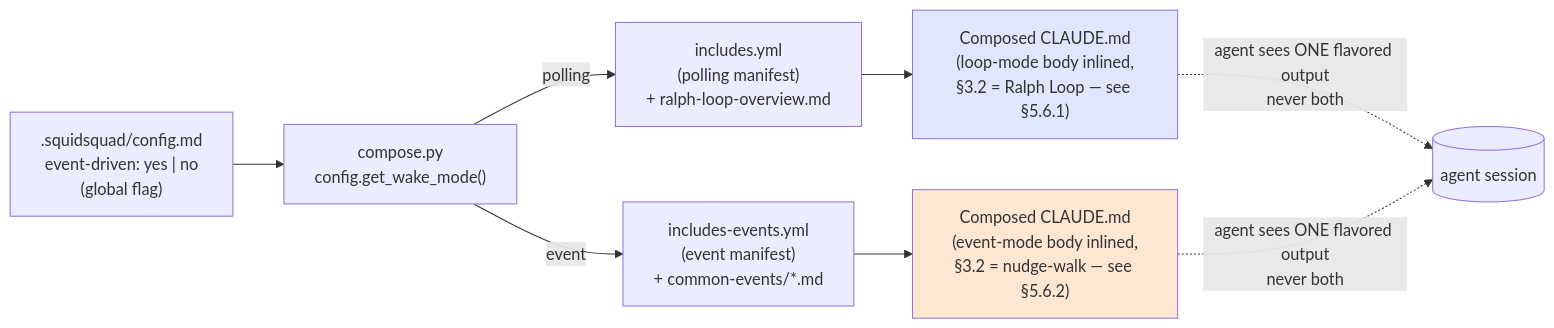
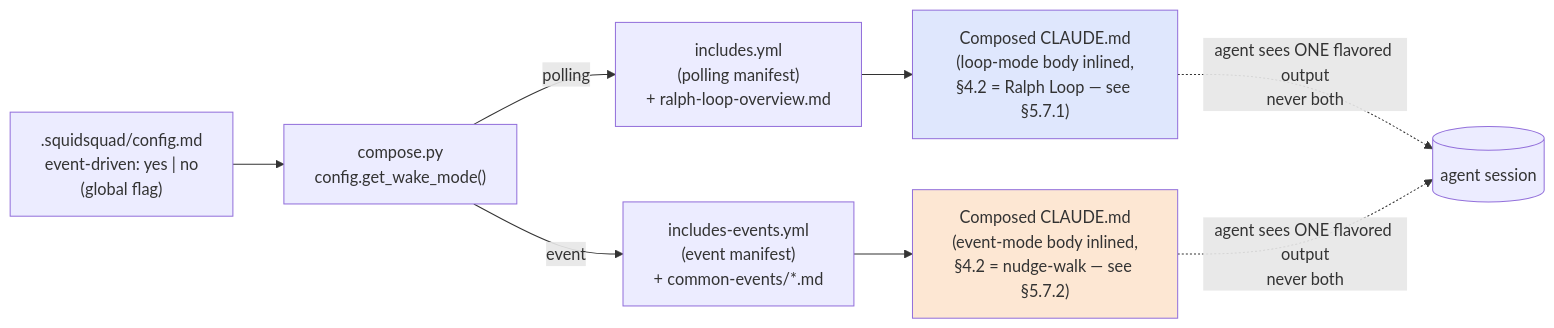
Before and after one commit to WallyDoodlez/SquidSquad: the sixth of 8 diagrams in docs/COMPOSE-ARCHITECTURE.md, drawn with Mermaid. The commit also changed other lines of this file and 2 other files, not shown here.

````diff
--- a/docs/COMPOSE-ARCHITECTURE.md
+++ b/docs/COMPOSE-ARCHITECTURE.md
@@ -684,12 +737,12 @@
 ```mermaid
 flowchart LR
   Cfg[".squidsquad/config.md<br/>event-driven: yes | no<br/>(global flag)"] --> Reader["compose.py<br/>config.get_wake_mode()"]
   Reader -->|polling| MP["includes.yml<br/>(polling manifest)<br/>+ ralph-loop-overview.md"]
   Reader -->|event| ME["includes-events.yml<br/>(event manifest)<br/>+ common-events/*.md"]
-  MP --> RP["Composed CLAUDE.md<br/>(loop-mode body inlined,<br/>§3.2 = Ralph Loop — see §5.6.1)"]
-  ME --> RE["Composed CLAUDE.md<br/>(event-mode body inlined,<br/>§3.2 = nudge-walk — see §5.6.2)"]
+  MP --> RP["Composed CLAUDE.md<br/>(loop-mode body inlined,<br/>§4.2 = Ralph Loop — see §5.7.1)"]
+  ME --> RE["Composed CLAUDE.md<br/>(event-mode body inlined,<br/>§4.2 = nudge-walk — see §5.7.2)"]
   RP -.->|"agent sees ONE flavored output<br/>never both"| Agent[("agent session")]
   RE -.->|"agent sees ONE flavored output<br/>never both"| Agent
   style RP fill:#dfe7fd
   style RE fill:#fde7d3
 ```
````
